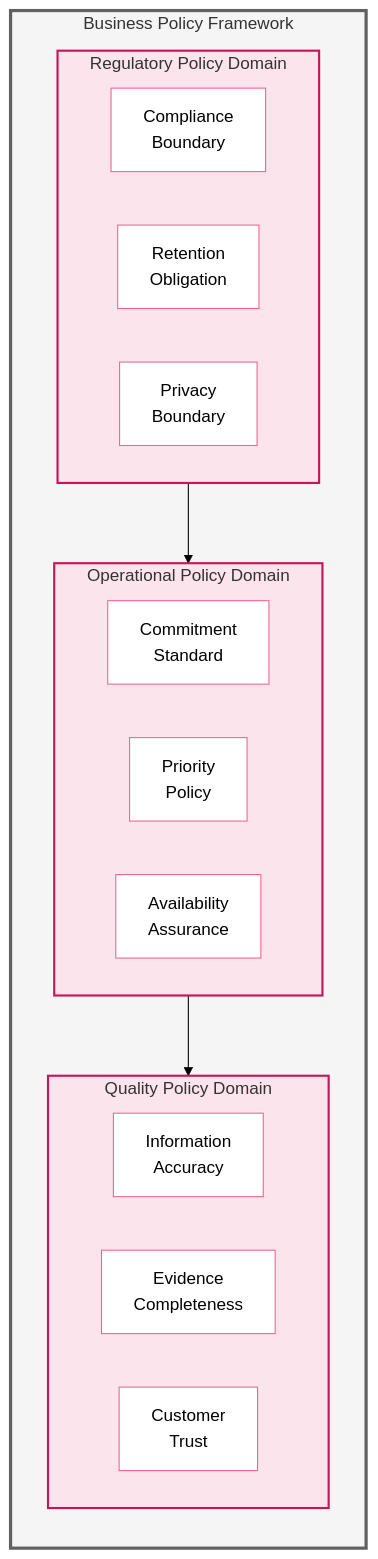
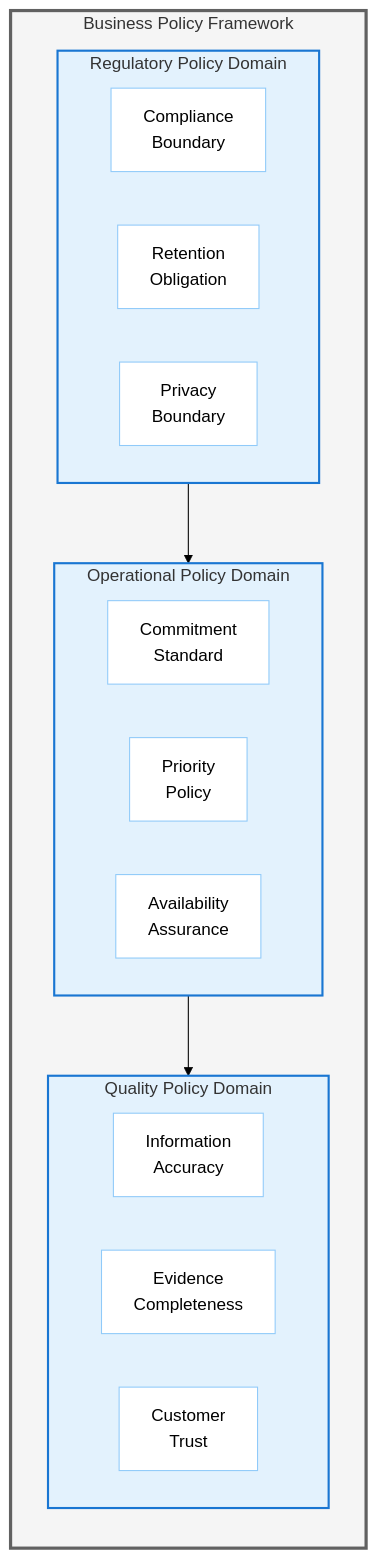
One commit to Evilazaro/Azure-LogicApps-Monitoring changed the sixth of 7 diagrams in docs/architecture/01-business-architecture.md. Above: the diagram before and after it, drawn with Mermaid (forest theme). The commit also changed other lines of this file, not shown here.

Commit message:
Refactor Business Architecture document: standardize color coding across diagrams for visual consistency

````diff
--- a/docs/architecture/01-business-architecture.md
+++ b/docs/architecture/01-business-architecture.md
@@ -760,38 +760,38 @@
 ```mermaid
 flowchart TB
     subgraph Policy_Framework["Business Policy Framework"]
         direction TB
 
         subgraph Regulatory["Regulatory Policy Domain"]
             direction LR
             RP1["Compliance<br/>Boundary"]
             RP2["Retention<br/>Obligation"]
             RP3["Privacy<br/>Boundary"]
         end
 
         subgraph Operational["Operational Policy Domain"]
             direction LR
             OP1["Commitment<br/>Standard"]
             OP2["Priority<br/>Policy"]
             OP3["Availability<br/>Assurance"]
         end
 
         subgraph Quality["Quality Policy Domain"]
             direction LR
             QP1["Information<br/>Accuracy"]
             QP2["Evidence<br/>Completeness"]
             QP3["Customer<br/>Trust"]
         end
 
         Regulatory --> Operational
         Operational --> Quality
     end
 
     classDef level1 fill:#f5f5f5,stroke:#616161,stroke-width:3px
-    classDef level2 fill:#fce4ec,stroke:#c2185b,stroke-width:2px
-    classDef level3 fill:#ffffff,stroke:#f06292,stroke-width:1px
+    classDef level2 fill:#e3f2fd,stroke:#1976d2,stroke-width:2px
+    classDef level3 fill:#ffffff,stroke:#90caf9,stroke-width:1px
 
     class Policy_Framework level1
     class Regulatory,Operational,Quality level2
     class RP1,RP2,RP3,OP1,OP2,OP3,QP1,QP2,QP3 level3
 ```
````
